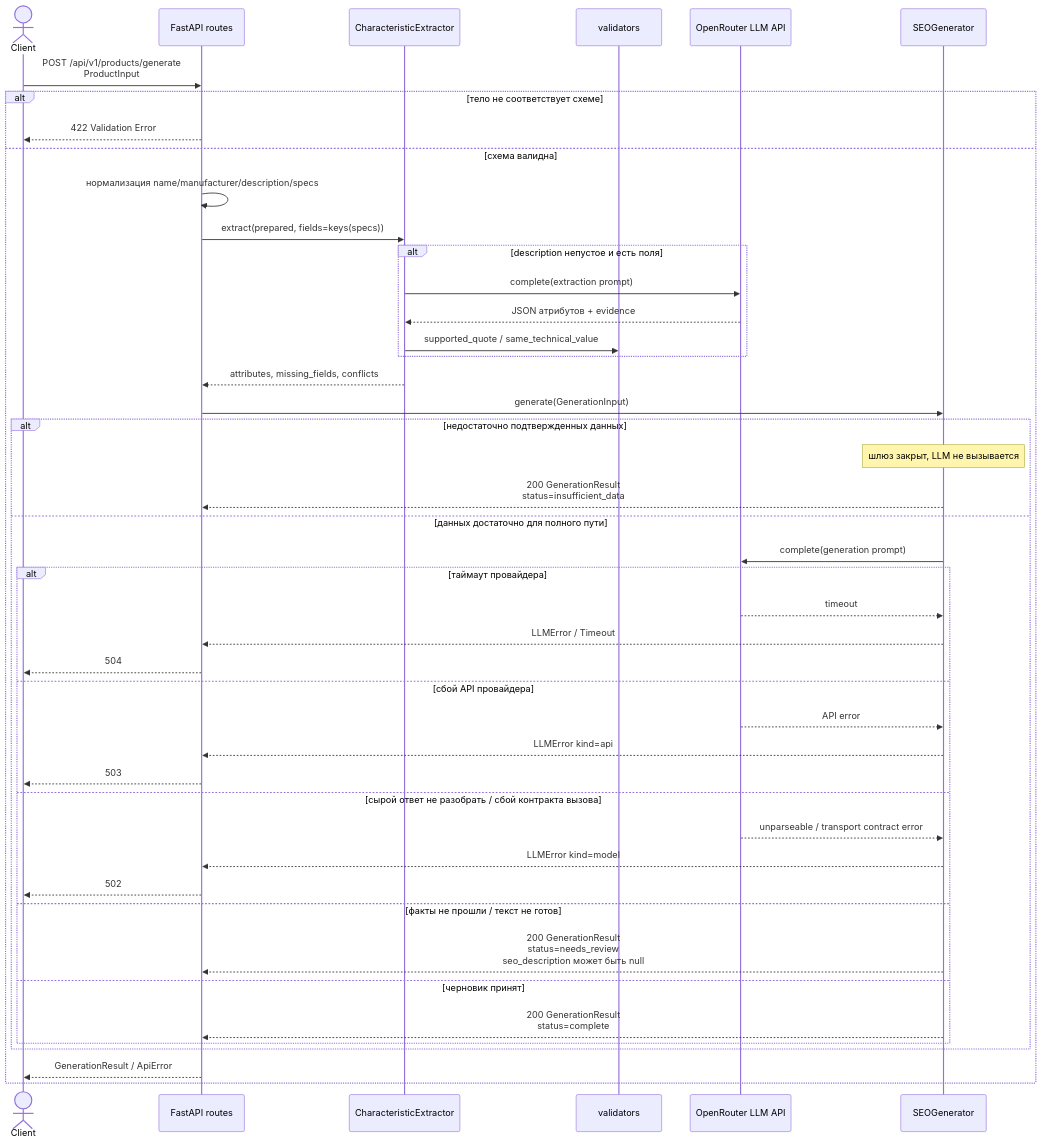
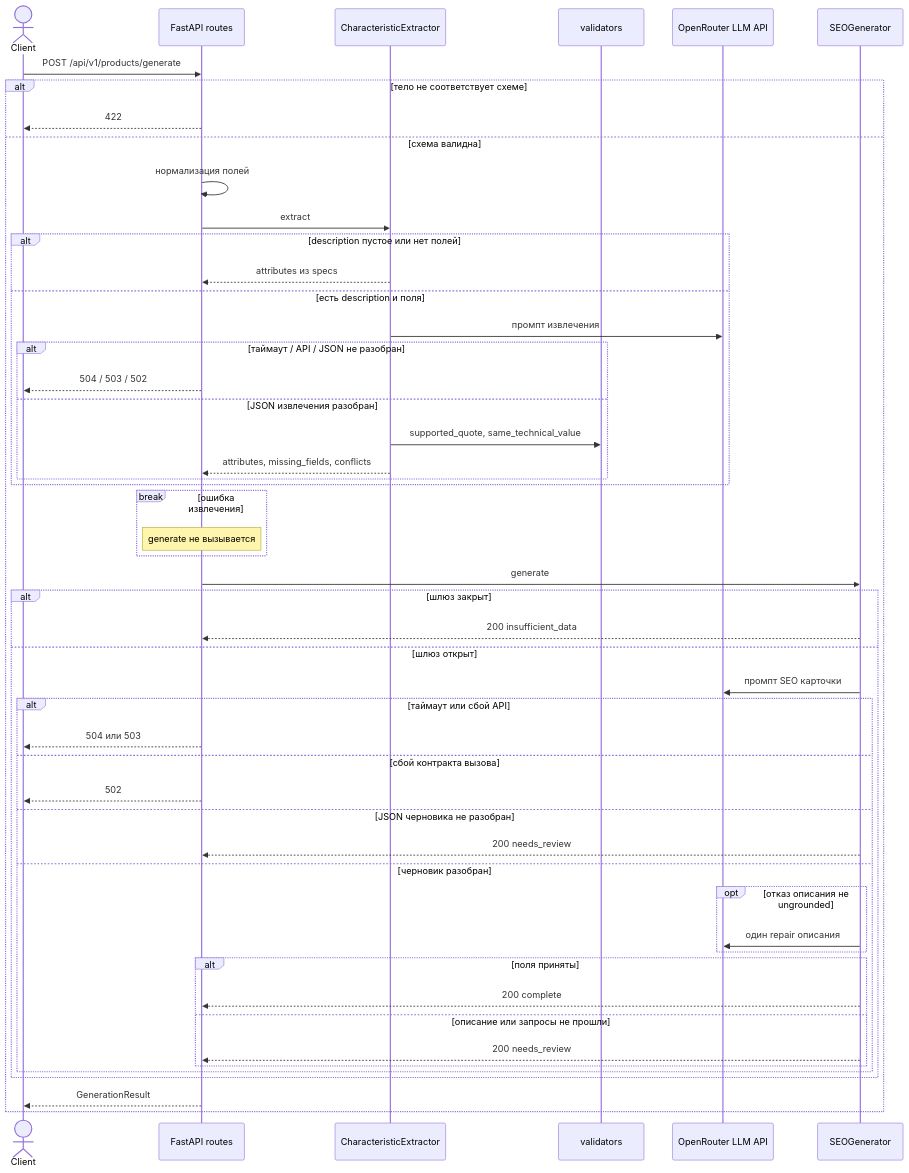
The second of 2 diagrams in docs/architecture.md (t0chka-g/service-description), drawn with Mermaid before and after one commit. The commit also changed other lines of this file and 6 other files, not shown here.

Commit message:
docs: add architecture diagrams to the README

````diff
--- a/docs/architecture.md
+++ b/docs/architecture.md
@@ -45,48 +47,54 @@
 ```mermaid
 sequenceDiagram
   actor Client
   participant API as FastAPI routes
   participant Ext as CharacteristicExtractor
   participant Val as validators
   participant LLM as OpenRouter LLM API
   participant Gen as SEOGenerator
 
-  Client->>API: POST /api/v1/products/generate<br/>ProductInput
+  Client->>API: POST /api/v1/products/generate
   alt тело не соответствует схеме
-    API-->>Client: 422 Validation Error
+    API-->>Client: 422
   else схема валидна
-    API->>API: нормализация name/manufacturer/description/specs
-    API->>Ext: extract(prepared, fields=keys(specs))
-    alt description непустое и есть поля
-      Ext->>LLM: complete(extraction prompt)
-      LLM-->>Ext: JSON атрибутов + evidence
-      Ext->>Val: supported_quote / same_technical_value
-    end
-    Ext-->>API: attributes, missing_fields, conflicts
-    API->>Gen: generate(GenerationInput)
-    alt недостаточно подтвержденных данных
-      Note over Gen: шлюз закрыт, LLM не вызывается
-      Gen-->>API: 200 GenerationResult<br/>status=insufficient_data
-    else данных достаточно для полного пути
-      Gen->>LLM: complete(generation prompt)
-      alt таймаут провайдера
-        LLM-->>Gen: timeout
-        Gen-->>API: LLMError / Timeout
-        API-->>Client: 504
-      else сбой API провайдера
-        LLM-->>Gen: API error
-        Gen-->>API: LLMError kind=api
-        API-->>Client: 503
-      else сырой ответ не разобрать / сбой контракта вызова
-        LLM-->>Gen: unparseable / transport contract error
-        Gen-->>API: LLMError kind=model
-        API-->>Client: 502
-      else факты не прошли / текст не готов
-        Gen-->>API: 200 GenerationResult<br/>status=needs_review<br/>seo_description может быть null
-      else черновик принят
-        Gen-->>API: 200 GenerationResult<br/>status=complete
+    API->>API: нормализация полей
+    API->>Ext: extract
+    alt description пустое или нет полей
+      Ext-->>API: attributes из specs
+    else есть description и поля
+      Ext->>LLM: промпт извлечения
+      alt таймаут / API / JSON не разобран
+        API-->>Client: 504 / 503 / 502
+      else JSON извлечения разобран
+        Ext->>Val: supported_quote, same_technical_value
+        Ext-->>API: attributes, missing_fields, conflicts
       end
     end
-    API-->>Client: GenerationResult / ApiError
+    break ошибка извлечения
+      Note over API: generate не вызывается
+    end
+    API->>Gen: generate
+    alt шлюз закрыт
+      Gen-->>API: 200 insufficient_data
+    else шлюз открыт
+      Gen->>LLM: промпт SEO карточки
+      alt таймаут или сбой API
+        API-->>Client: 504 или 503
+      else сбой контракта вызова
+        API-->>Client: 502
+      else JSON черновика не разобран
+        Gen-->>API: 200 needs_review
+      else черновик разобран
+        opt отказ описания не ungrounded
+          Gen->>LLM: один repair описания
+        end
+        alt поля приняты
+          Gen-->>API: 200 complete
+        else описание или запросы не прошли
+          Gen-->>API: 200 needs_review
+        end
+      end
+    end
+    API-->>Client: GenerationResult
   end
 ```
````
